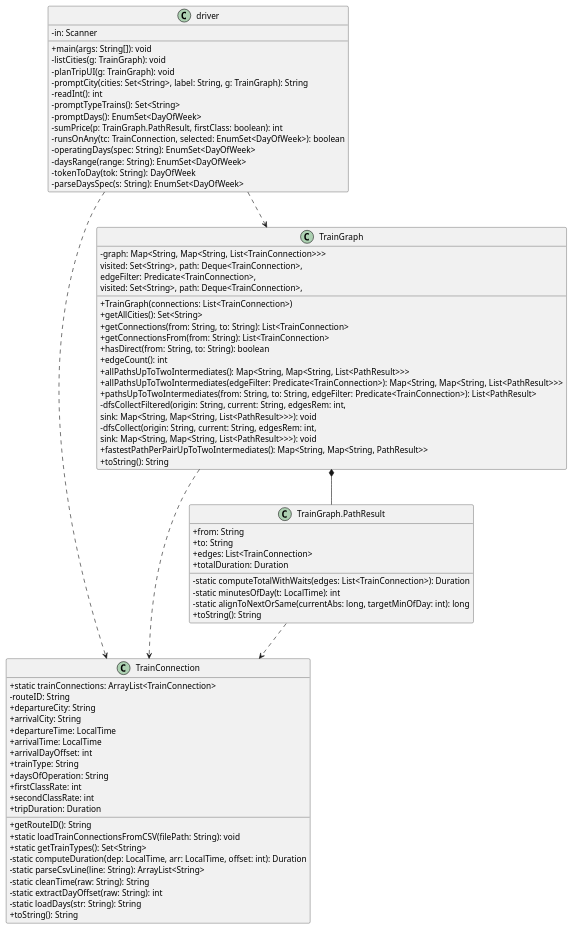
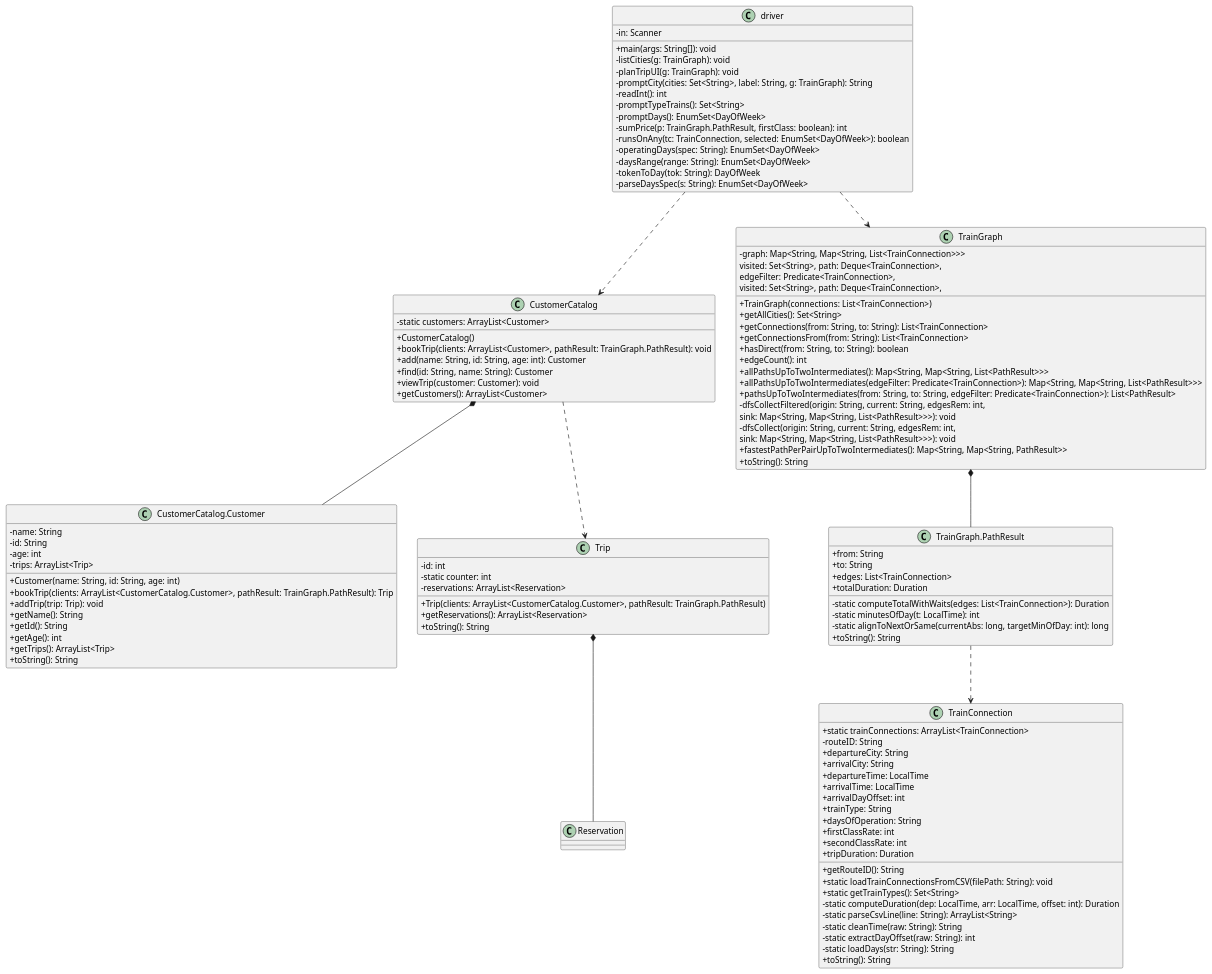
Before and after one commit to SamuelVachon/SOEN342: the diagram in Iteration_2/docs/UMLs/classDiagram.puml, drawn with PlantUML.

Commit message:
Add CustomerCatalog and related classes to UML diagram

```diff
--- a/Iteration_2/docs/UMLs/classDiagram.puml
+++ b/Iteration_2/docs/UMLs/classDiagram.puml
@@ -1,84 +1,123 @@
 @startuml class diagram
 set namespaceSeparator .
 skinparam classAttributeIconSize 0
 
 class driver {
   - in: Scanner
   + main(args: String[]): void
   - listCities(g: TrainGraph): void
   - planTripUI(g: TrainGraph): void
   - promptCity(cities: Set<String>, label: String, g: TrainGraph): String
   - readInt(): int
   - promptTypeTrains(): Set<String>
   - promptDays(): EnumSet<DayOfWeek>
   - sumPrice(p: TrainGraph.PathResult, firstClass: boolean): int
   - runsOnAny(tc: TrainConnection, selected: EnumSet<DayOfWeek>): boolean
   - operatingDays(spec: String): EnumSet<DayOfWeek>
   - daysRange(range: String): EnumSet<DayOfWeek>
   - tokenToDay(tok: String): DayOfWeek
   - parseDaysSpec(s: String): EnumSet<DayOfWeek>
+}
+
+class CustomerCatalog {
+  - static customers: ArrayList<Customer>
+  + CustomerCatalog()
+  + bookTrip(clients: ArrayList<Customer>, pathResult: TrainGraph.PathResult): void
+  + add(name: String, id: String, age: int): Customer
+  + find(id: String, name: String): Customer
+  + viewTrip(customer: Customer): void
+  + getCustomers(): ArrayList<Customer>
+}
+
+class "CustomerCatalog.Customer" as Customer {
+  - name: String
+  - id: String
+  - age: int
+  - trips: ArrayList<Trip>
+  + Customer(name: String, id: String, age: int)
+  + bookTrip(clients: ArrayList<CustomerCatalog.Customer>, pathResult: TrainGraph.PathResult): Trip
+  + addTrip(trip: Trip): void
+  + getName(): String
+  + getId(): String
+  + getAge(): int
+  + getTrips(): ArrayList<Trip>
+  + toString(): String
+}
+
+class Trip {
+  - id: int
+  - static counter: int
+  - reservations: ArrayList<Reservation>
+  + Trip(clients: ArrayList<CustomerCatalog.Customer>, pathResult: TrainGraph.PathResult)
+  + getReservations(): ArrayList<Reservation>
+  + toString(): String
 }
 
 class TrainConnection {
   + static trainConnections: ArrayList<TrainConnection>
   - routeID: String
   + departureCity: String
   + arrivalCity: String
   + departureTime: LocalTime
   + arrivalTime: LocalTime
   + arrivalDayOffset: int
   + trainType: String
   + daysOfOperation: String
   + firstClassRate: int
   + secondClassRate: int
   + tripDuration: Duration
   + getRouteID(): String
   + static loadTrainConnectionsFromCSV(filePath: String): void
   + static getTrainTypes(): Set<String>
   - static computeDuration(dep: LocalTime, arr: LocalTime, offset: int): Duration
   - static parseCsvLine(line: String): ArrayList<String>
   - static cleanTime(raw: String): String
   - static extractDayOffset(raw: String): int
   - static loadDays(str: String): String
   + toString(): String
 }
 
 class TrainGraph {
   - graph: Map<String, Map<String, List<TrainConnection>>>
   + TrainGraph(connections: List<TrainConnection>)
   + getAllCities(): Set<String>
   + getConnections(from: String, to: String): List<TrainConnection>
   + getConnectionsFrom(from: String): List<TrainConnection>
   + hasDirect(from: String, to: String): boolean
   + edgeCount(): int
   + allPathsUpToTwoIntermediates(): Map<String, Map<String, List<PathResult>>>
   + allPathsUpToTwoIntermediates(edgeFilter: Predicate<TrainConnection>): Map<String, Map<String, List<PathResult>>>
   + pathsUpToTwoIntermediates(from: String, to: String, edgeFilter: Predicate<TrainConnection>): List<PathResult>
   - dfsCollectFiltered(origin: String, current: String, edgesRem: int,
       visited: Set<String>, path: Deque<TrainConnection>,
       edgeFilter: Predicate<TrainConnection>,
       sink: Map<String, Map<String, List<PathResult>>>): void
   - dfsCollect(origin: String, current: String, edgesRem: int,
       visited: Set<String>, path: Deque<TrainConnection>,
       sink: Map<String, Map<String, List<PathResult>>>): void
   + fastestPathPerPairUpToTwoIntermediates(): Map<String, Map<String, PathResult>>
   + toString(): String
 }
 
 class "TrainGraph.PathResult" as PathResult {
   + from: String
   + to: String
   + edges: List<TrainConnection>
   + totalDuration: Duration
   - static computeTotalWithWaits(edges: List<TrainConnection>): Duration
   - static minutesOfDay(t: LocalTime): int
   - static alignToNextOrSame(currentAbs: long, targetMinOfDay: int): long
   + toString(): String
 }
 
 driver ..> TrainGraph
-driver ..> TrainConnection
-TrainGraph ..> TrainConnection
+driver ..> CustomerCatalog
 TrainGraph *-- PathResult
 PathResult ..> TrainConnection
+CustomerCatalog *-- Customer
+CustomerCatalog ..> Trip
+Trip ..> CustomerCatalog.Customer
+Trip ..> TrainGraph.PathResult
+Trip *-- Reservation
+
 @enduml
```
